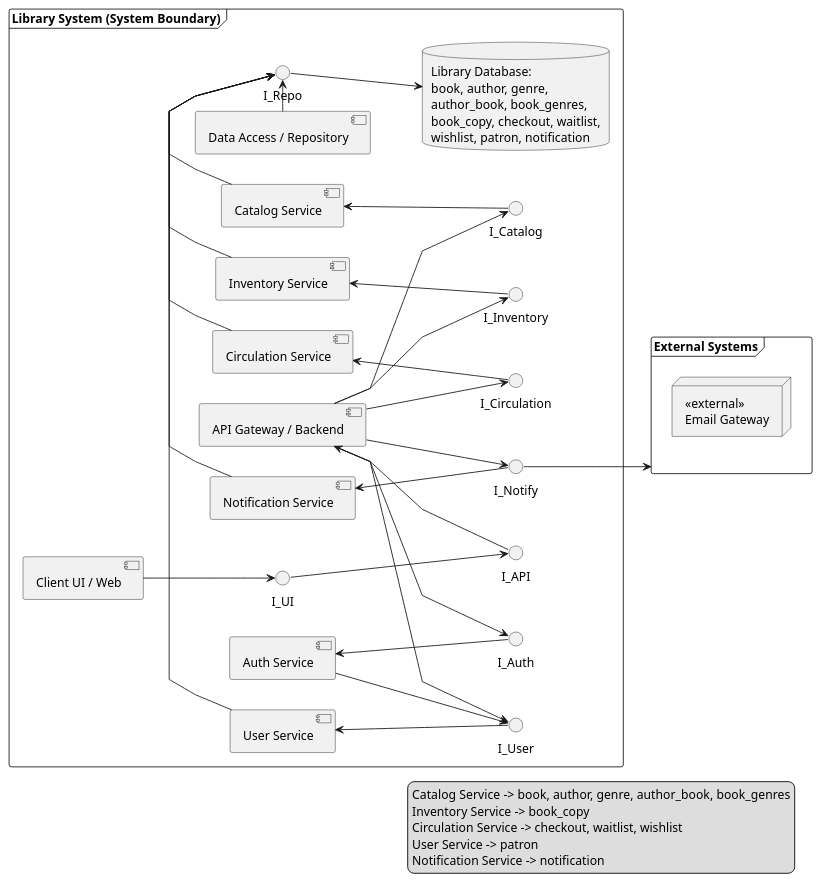
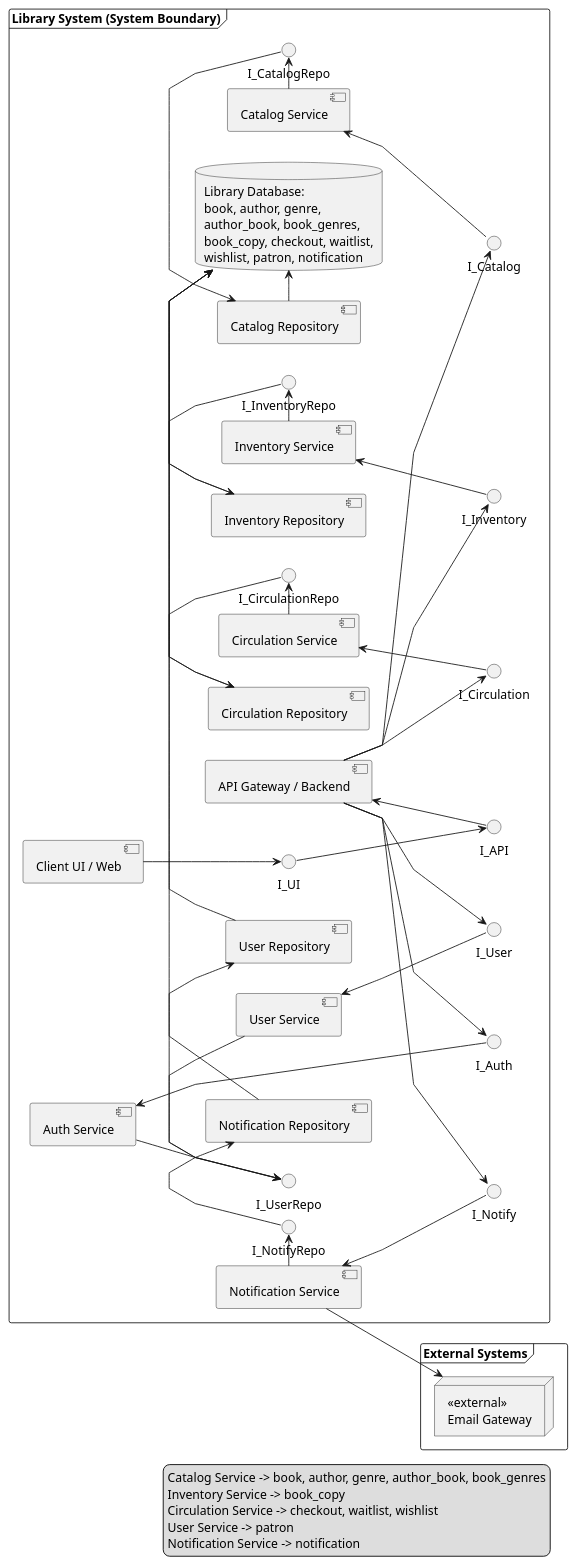
Before and after one commit to Shizulka/library-database: the diagram in cpe/lab5/Component-Diagram-PlantUML.puml, drawn with PlantUML. The commit also changed 2 other files, not shown here.

Commit message:
update diagram, add drawio variant

```diff
--- a/cpe/lab5/Component-Diagram-PlantUML.puml
+++ b/cpe/lab5/Component-Diagram-PlantUML.puml
@@ -1,76 +1,95 @@
 @startuml
 
 skinparam linetype polyline
 left to right direction
 
 frame "External Systems" as EXT {
   node "<<external>>\nEmail Gateway" as MsgGateway
 }
 
 frame "Library System (System Boundary)" {
   component "Client UI / Web" as UI
   interface I_UI
   UI --> I_UI
 
   component "API Gateway / Backend" as APIGW
   interface I_API
   I_UI --> I_API
   APIGW <-- I_API
 
   component "Catalog Service" as Catalog
   interface I_Catalog
   APIGW --> I_Catalog
   Catalog <-- I_Catalog
 
   component "Inventory Service" as Inventory
   interface I_Inventory
   APIGW --> I_Inventory
   Inventory <-- I_Inventory
 
   component "Circulation Service" as Circulation
   interface I_Circulation
   APIGW --> I_Circulation
   Circulation <-- I_Circulation
 
   component "User Service" as UserService
   interface I_User
   APIGW --> I_User
   UserService <-- I_User
 
   component "Notification Service" as Notify
   interface I_Notify
   APIGW --> I_Notify
   Notify <-- I_Notify
-
-  component "Data Access / Repository" as Repo
-  interface I_Repo
-  Catalog -> I_Repo
-  Inventory -> I_Repo
-  Circulation -> I_Repo
-  UserService -> I_Repo
-  Notify -> I_Repo
-  Repo -> I_Repo
+  
+  component "Catalog Repository" as CatalogRepo
+  interface I_CatalogRepo
+  Catalog -> I_CatalogRepo
+  CatalogRepo <- I_CatalogRepo
+  
+  component "Inventory Repository" as InventoryRepo
+  interface I_InventoryRepo
+  Inventory -> I_InventoryRepo
+  InventoryRepo <- I_InventoryRepo
+  
+  component "Circulation Repository" as CirculationRepo
+  interface I_CirculationRepo
+  Circulation -> I_CirculationRepo
+  CirculationRepo <- I_CirculationRepo
+  
+  component "User Repository" as UserRepo
+  interface I_UserRepo
+  UserService -> I_UserRepo
+  UserRepo <- I_UserRepo
+  
+  component "Notification Repository" as NotifyRepo
+  interface I_NotifyRepo
+  Notify -> I_NotifyRepo
+  NotifyRepo <- I_NotifyRepo
 
   database "Library Database:\nbook, author, genre,\nauthor_book, book_genres,\nbook_copy, checkout, waitlist,\nwishlist, patron, notification" as DB
-  I_Repo --> DB
+  CatalogRepo -> DB
+  InventoryRepo -> DB
+  CirculationRepo -> DB
+  UserRepo -> DB
+  NotifyRepo -> DB
 
   component "Auth Service" as Auth
   interface I_Auth
   APIGW --> I_Auth
-  Auth --> I_User
+  Auth --> I_UserRepo
   Auth <-- I_Auth
 
-
-  I_Notify --> EXT
+  Notify --> MsgGateway
 }
 
 
 legend right
   Catalog Service -> book, author, genre, author_book, book_genres
   Inventory Service -> book_copy
   Circulation Service -> checkout, waitlist, wishlist
   User Service -> patron
   Notification Service -> notification
 endlegend
 
 @enduml
```
